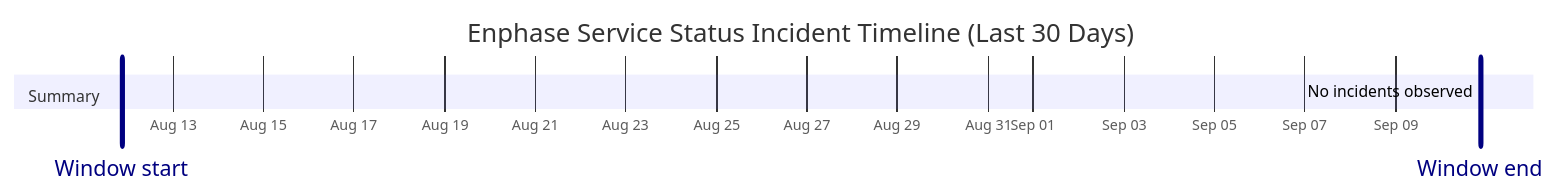
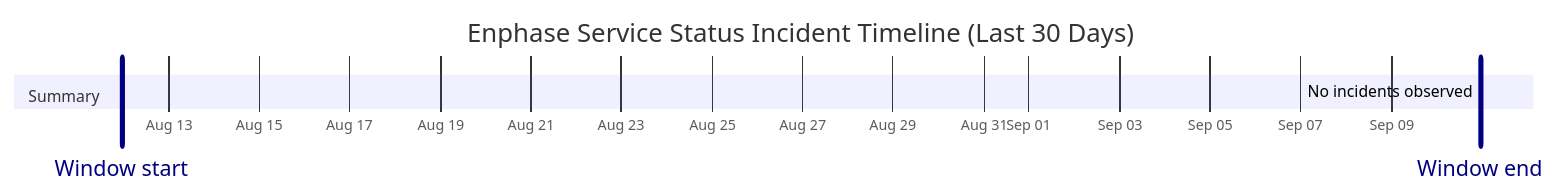
One commit to barneyonline/ha-enphase-energy changed the diagram in wiki/Service-Status-History.md. Above: the diagram before and after it, drawn with Mermaid. The commit also changed other lines of this file and 3 other files, not shown here.

````diff
--- a/wiki/Service-Status-History.md
+++ b/wiki/Service-Status-History.md
@@ -14,10 +14,10 @@
 ```mermaid
 gantt
     title Enphase Service Status Incident Timeline (Last 30 Days)
     dateFormat  YYYY-MM-DDTHH:mm:ss
     axisFormat  %b %d
-    Window start :vert, window-start, 2026-08-11T21:03:37, 0ms
-    Window end :vert, window-end, 2026-09-10T21:03:37, 0ms
+    Window start :vert, window-start, 2026-08-11T23:19:12, 0ms
+    Window end :vert, window-end, 2026-09-10T23:19:12, 0ms
     section Summary
-    No incidents observed :done, 2026-09-10T21:03:37, 1m
+    No incidents observed :done, 2026-09-10T23:19:12, 1m
 ```
````
